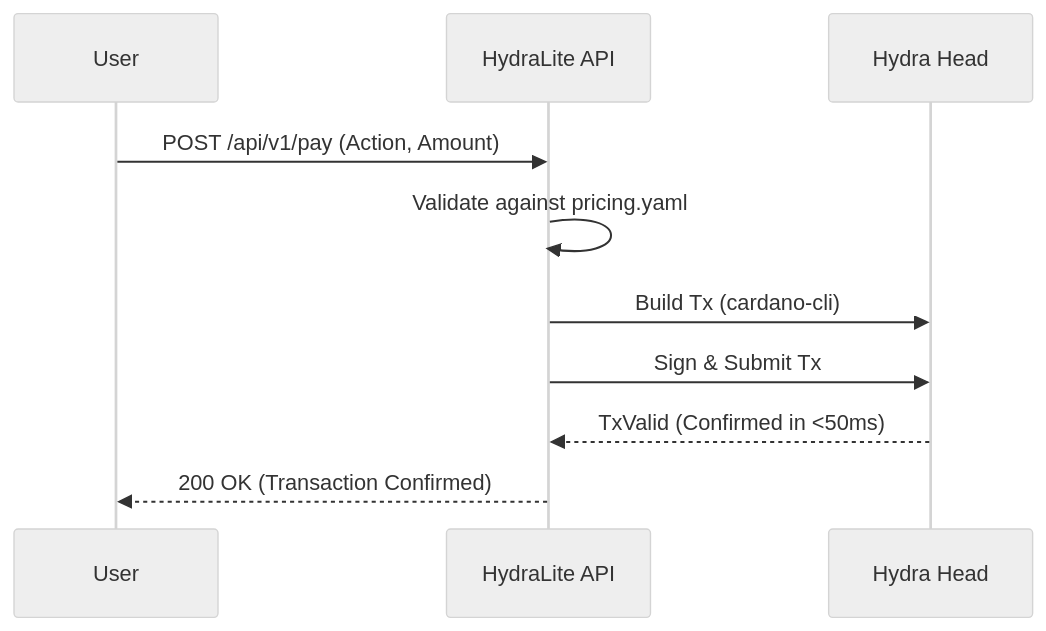
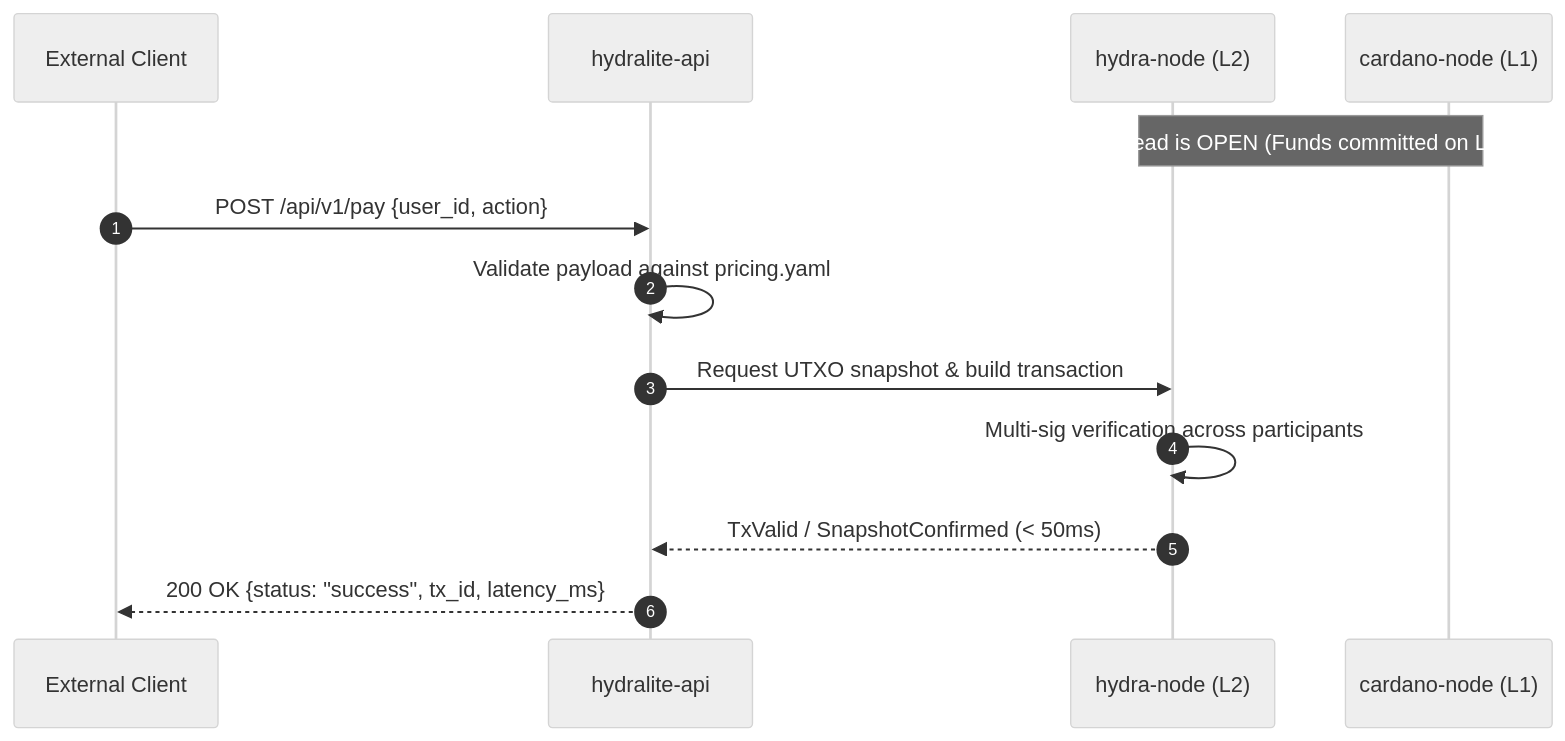
One commit to Kwired/Hydra-Powered-Micro-PaaS changed the second of 3 diagrams in docs/GitBook_Architecture.md. Above: the diagram before and after it, drawn with Mermaid (neutral theme). The commit also changed other lines of this file and 22 other files, not shown here.

````diff
--- a/docs/GitBook_Architecture.md
+++ b/docs/GitBook_Architecture.md
@@ -31,13 +70,16 @@
 ```mermaid
 sequenceDiagram
-    participant User
-    participant FastAPI as HydraLite API
-    participant Hydra as Hydra Head
-    
-    User->>FastAPI: POST /api/v1/pay (Action, Amount)
-    FastAPI->>FastAPI: Validate against pricing.yaml
-    FastAPI->>Hydra: Build Tx (cardano-cli)
-    FastAPI->>Hydra: Sign & Submit Tx
-    Hydra-->>FastAPI: TxValid (Confirmed in <50ms)
-    FastAPI-->>User: 200 OK (Transaction Confirmed)
+    autonumber
+    participant App as External Client
+    participant API as hydralite-api
+    participant Hydra as hydra-node (L2)
+    participant L1 as cardano-node (L1)
+
+    Note over Hydra,L1: Head is OPEN (Funds committed on L1)
+    App->>API: POST /api/v1/pay {user_id, action}
+    API->>API: Validate payload against pricing.yaml
+    API->>Hydra: Request UTXO snapshot & build transaction
+    Hydra->>Hydra: Multi-sig verification across participants
+    Hydra-->>API: TxValid / SnapshotConfirmed (< 50ms)
+    API-->>App: 200 OK {status: "success", tx_id, latency_ms}
 ```
````
